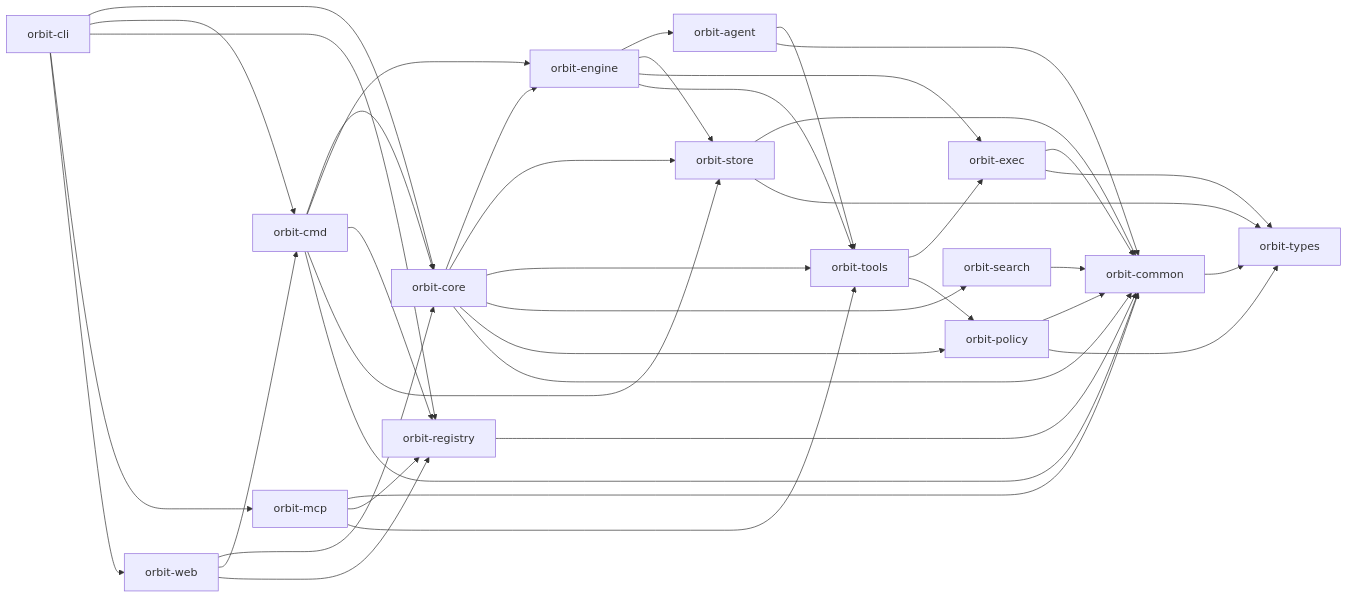
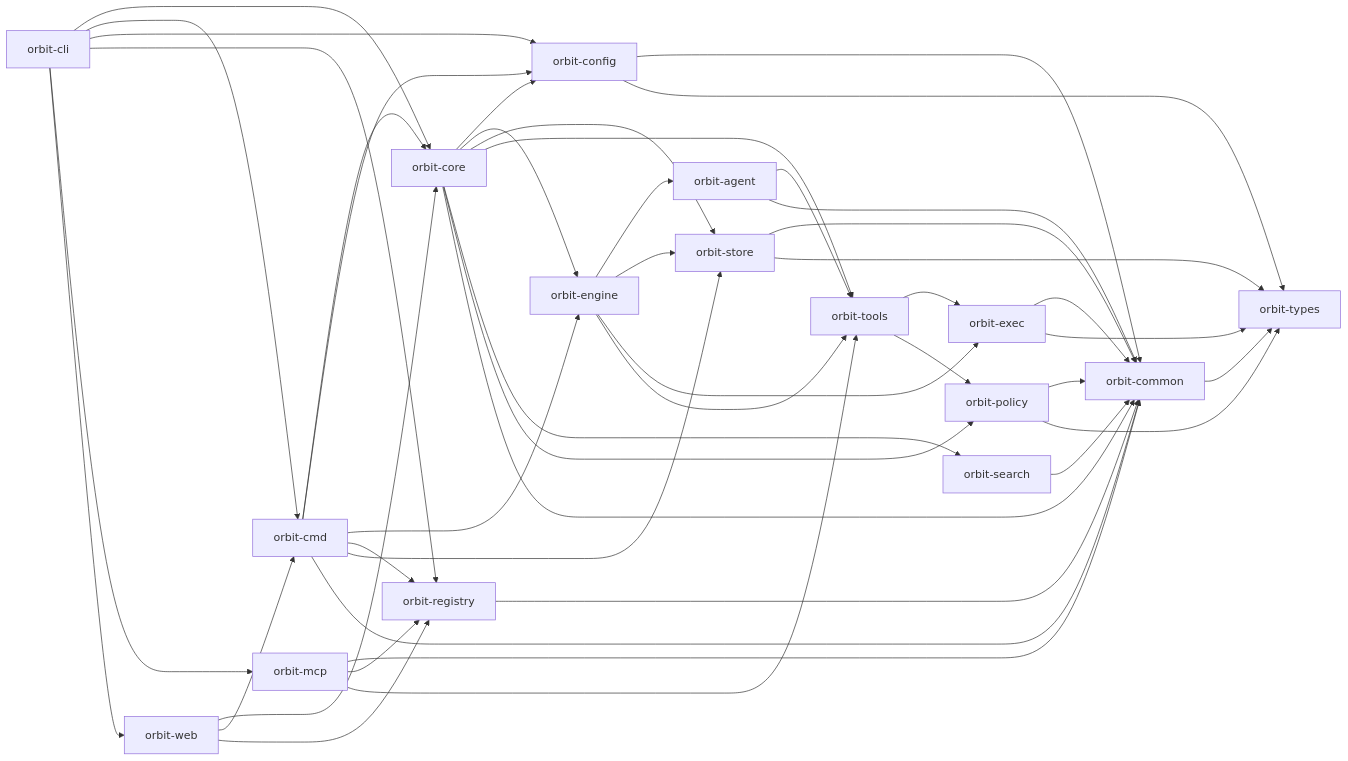
The diagram in ARCHITECTURE.md (danieljhkim/orbit), drawn with Mermaid before and after one commit. The commit also changed other lines of this file and 64 other files, not shown here.

Commit message:
refactor: Extract orbit-config from orbit-core [ORB-10885]

````diff
--- a/ARCHITECTURE.md
+++ b/ARCHITECTURE.md
@@ -5,42 +5,47 @@
 ```mermaid
 flowchart LR
   CLI["orbit-cli"] --> Core["orbit-core"]
   CLI --> Cmd["orbit-cmd"]
+  CLI --> Config["orbit-config"]
   CLI --> Registry["orbit-registry"]
   CLI --> MCP["orbit-mcp"]
   CLI --> Web["orbit-web"]
   Cmd --> Core
+  Cmd --> Config
   Cmd --> Engine
   Cmd --> Registry
   Cmd --> Store
+  Core --> Config
   Core --> Engine["orbit-engine"]
   Core --> Store["orbit-store"]
   Core --> Tools["orbit-tools"]
   Core --> Search["orbit-search"]
   Core --> Policy["orbit-policy"]
   Engine --> Agent["orbit-agent"]
   Engine --> Store
   Engine --> Exec["orbit-exec"]
   Engine --> Tools
   Agent --> Tools
   Tools --> Exec["orbit-exec"]
   Tools --> Policy
   Exec --> Common["orbit-common"]
   Policy --> Common
   Store --> Common
   Agent --> Common
   Search --> Common
   MCP --> Common
   MCP --> Registry
   MCP --> Tools
   Registry --> Common
   Web --> Core
   Web --> Cmd
   Web --> Registry
   Cmd --> Common
   Core --> Common
+  Config --> Common
+  Config --> Types
   Common --> Types["orbit-types"]
   Exec --> Types
   Policy --> Types
   Store --> Types
 ```
````
